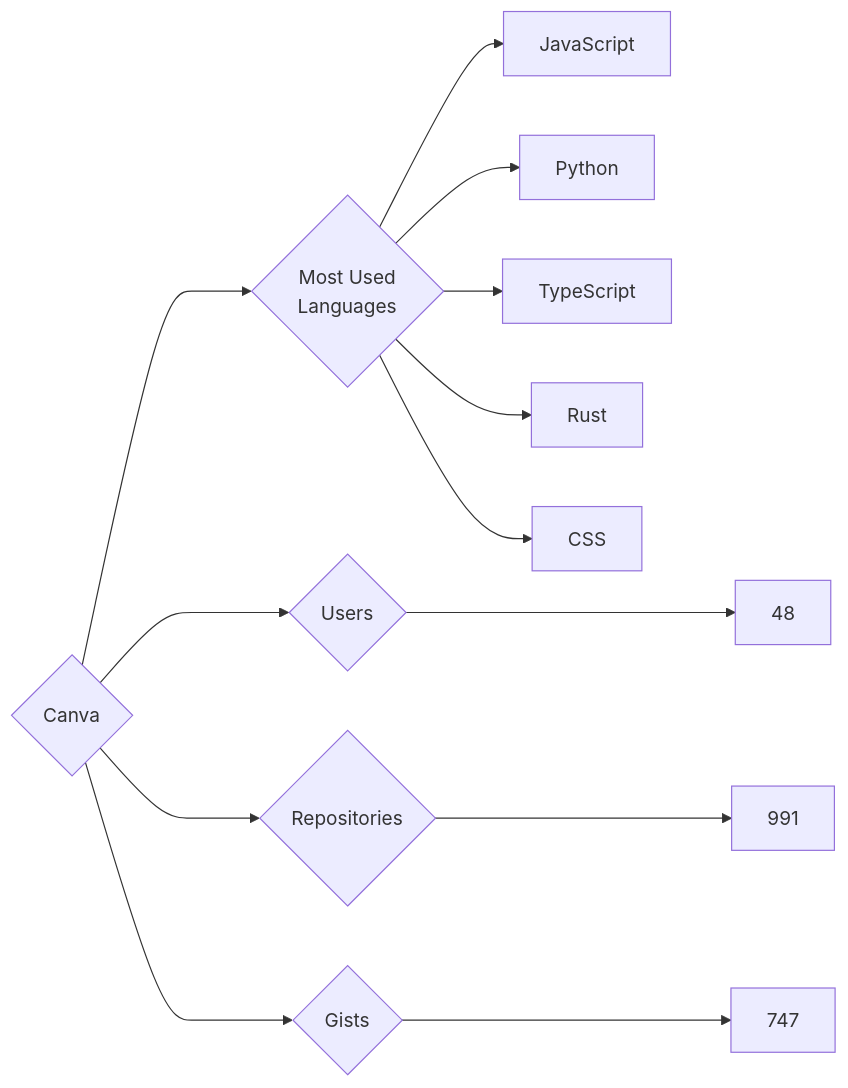
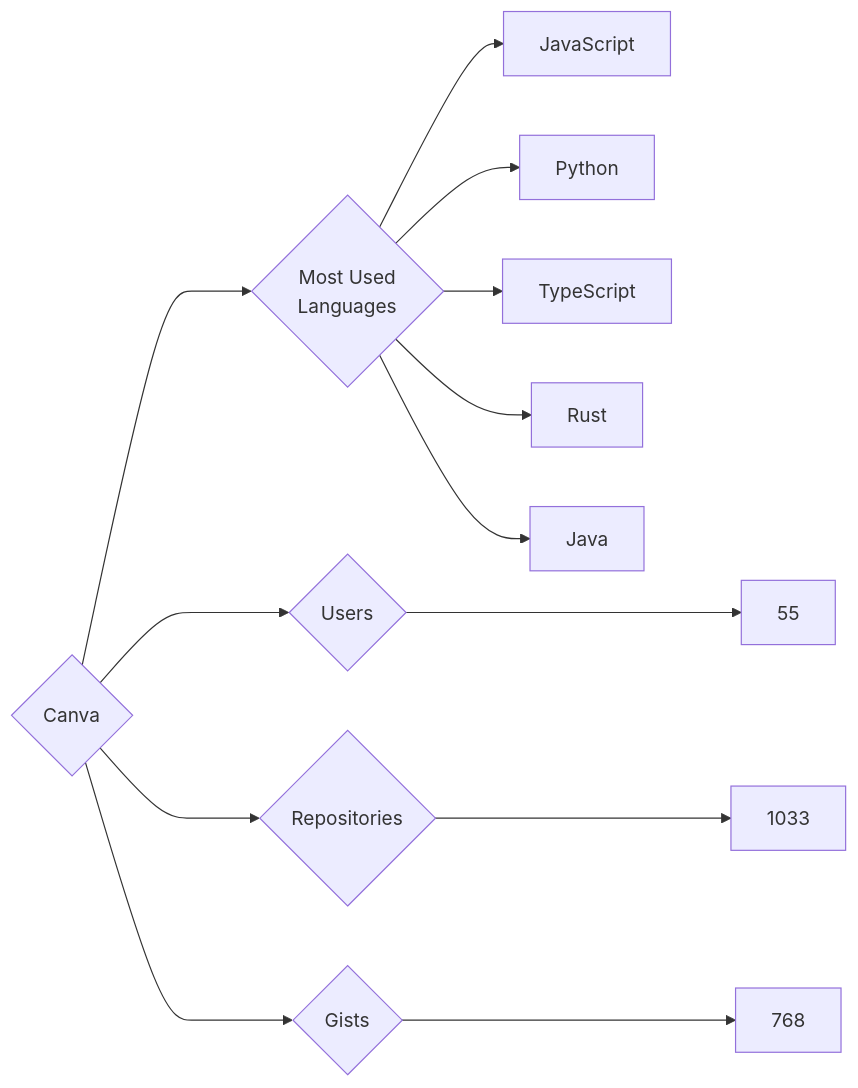
The diagram in targets/Canva/README.md (trickest/insiders), drawn with Mermaid before and after one commit. The commit also changed 847 other files, not shown here.

````diff
--- a/targets/Canva/README.md
+++ b/targets/Canva/README.md
@@ -3,13 +3,13 @@
 ```mermaid
 graph LR
 COMPANY_NAME{Canva}
-COMPANY_NAME ---> U{Users} ---> UN[48]
-COMPANY_NAME ---> R{Repositories} ---> RN[991]
-COMPANY_NAME ---> G{Gists} ---> GN[747]
+COMPANY_NAME ---> U{Users} ---> UN[55]
+COMPANY_NAME ---> R{Repositories} ---> RN[1033]
+COMPANY_NAME ---> G{Gists} ---> GN[768]
 COMPANY_NAME ---> ML{Most Used<br>Languages}
 ML --> JavaScript[JavaScript]
 ML --> Python[Python]
 ML --> TypeScript[TypeScript]
 ML --> Rust[Rust]
-ML --> CSS[CSS]
+ML --> Java[Java]
 ```
````
